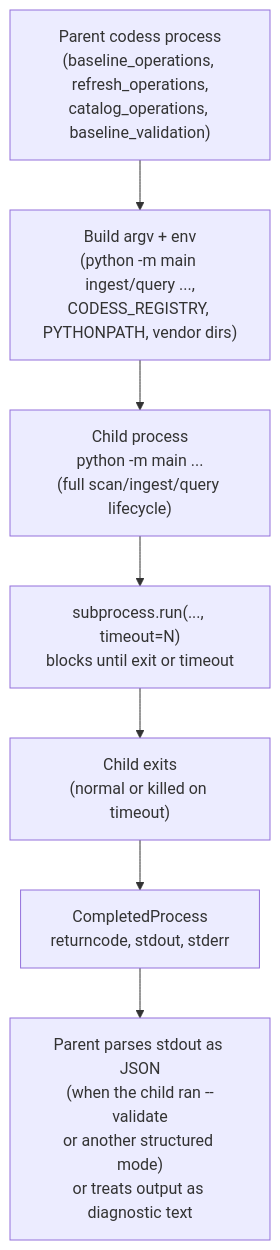
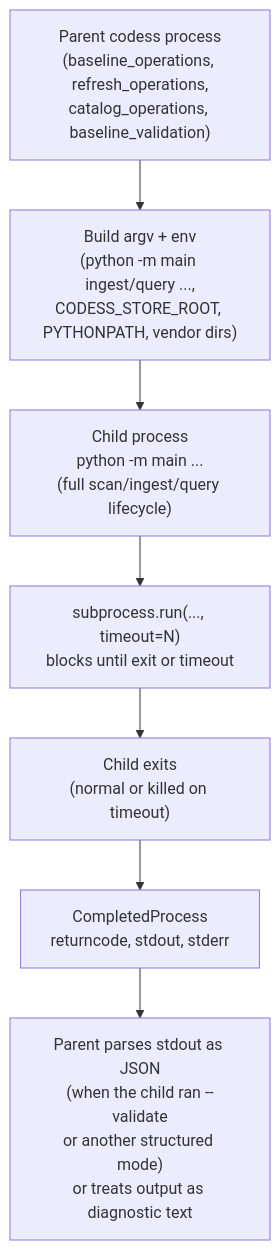
The fourth of 5 diagrams in CoPlan.md (fear-ai/codess), drawn with Mermaid before and after one commit. The commit also changed other lines of this file and 56 other files, not shown here.

````diff
--- a/CoPlan.md
+++ b/CoPlan.md
@@ -455,13 +455,13 @@
 ```mermaid
 flowchart TB
     Parent["Parent codess process\n(baseline_operations, refresh_operations,\ncatalog_operations, baseline_validation)"]
-    Build["Build argv + env\n(python -m main ingest/query ...,\nCODESS_REGISTRY, PYTHONPATH, vendor dirs)"]
+    Build["Build argv + env\n(python -m main ingest/query ...,\nCODESS_STORE_ROOT, PYTHONPATH, vendor dirs)"]
     Child["Child process\npython -m main ...\n(full scan/ingest/query lifecycle)"]
     Wait["subprocess.run(..., timeout=N)\nblocks until exit or timeout"]
     Exit["Child exits\n(normal or killed on timeout)"]
     Collect["CompletedProcess\nreturncode, stdout, stderr"]
     Parse["Parent parses stdout as JSON\n(when the child ran --validate\nor another structured mode)\nor treats output as diagnostic text"]
 
     Parent --> Build --> Child
     Child --> Wait --> Exit --> Collect --> Parse
 ```
````
